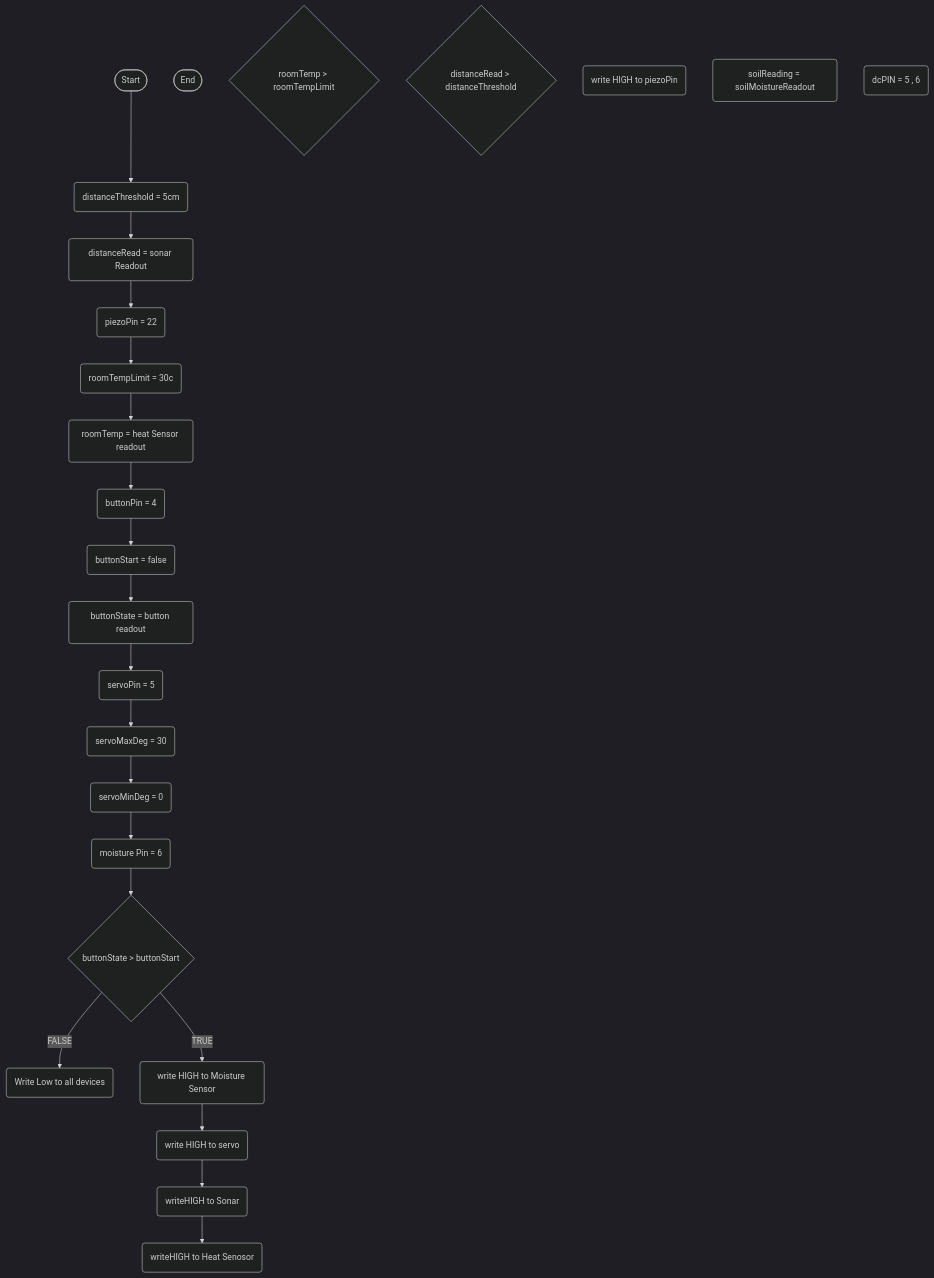
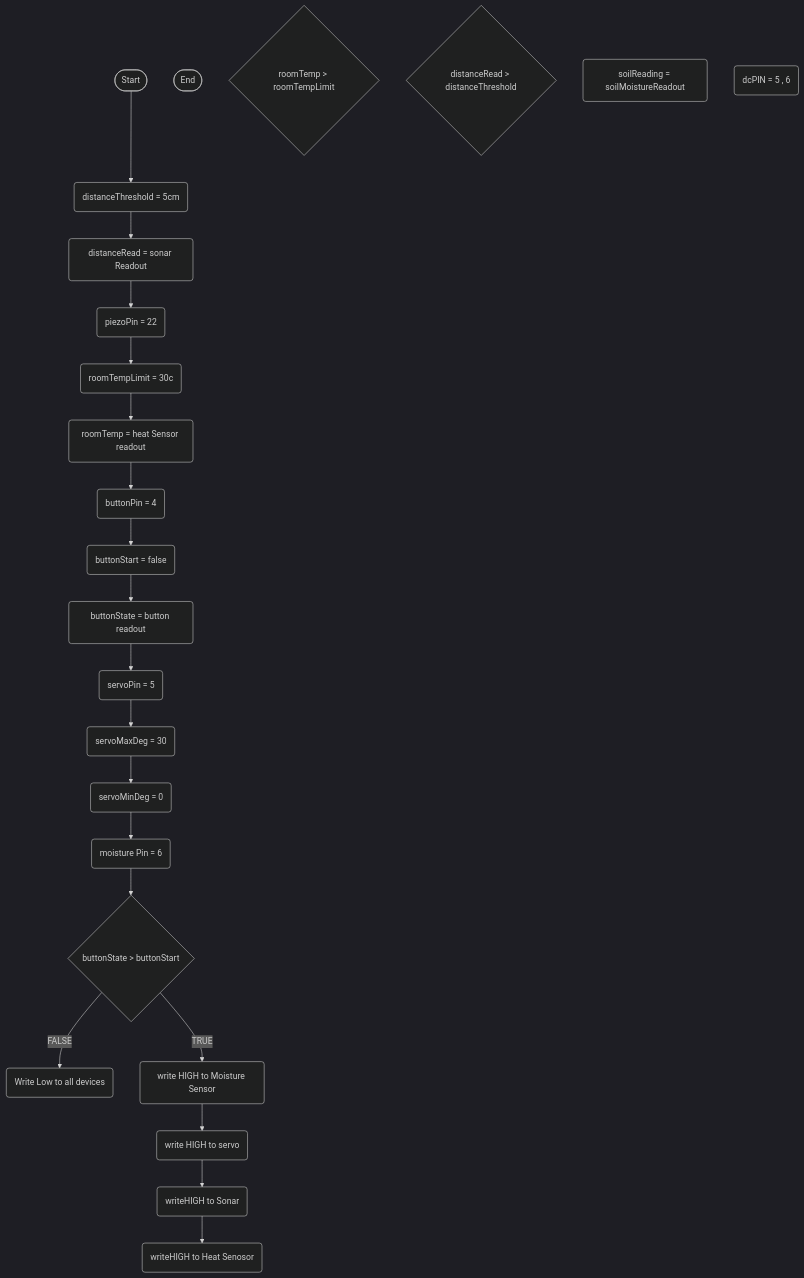
The first of 5 diagrams in logic.md (GodlyBlueDog/Automatic-GreenHouse-Person-Detection), drawn with Mermaid (dark theme) before and after one commit. The commit also changed other lines of this file, not shown here.

````diff
--- a/logic.md
+++ b/logic.md
@@ -4,68 +4,68 @@
 ```mermaid
 flowchart TD
 terminalStart([Start])
 terminalEnd([End])
 
 %% Tempurture 
 currentRoomTempReading(roomTemp = heat Sensor readout)
 roomTempLimit(roomTempLimit = 30c)
 ifTempGreaterThanLimit{roomTemp > roomTempLimit}
 activateHeatSensor(writeHIGH to Heat Senosor)
 
 
 %% distance
 thresholdSet(distanceThreshold = 5cm)
 currentDistanceReading(distanceRead = sonar Readout)
 ifDistanceLessThanThreshold{distanceRead > distanceThreshold}
 activateSonar(writeHIGH to Sonar)
 
 %% peizo 
 setPiezoPin(piezoPin = 22)
-activatePiezo(write HIGH to piezoPin)
+
 
 %% button
 buttonStart(buttonStart = false)
 setButtonPin(buttonPin = 4)
 currentButtonReading( buttonState = button readout)
 isButtonPressed{buttonState > buttonStart}
 disableAll(Write Low to all devices)
 
 
 %% servo
 servoPin(servoPin = 5)
 servoMaxDeg(servoMaxDeg = 30)
 servoMinDeg(servoMinDeg = 0)
 activateServo(write HIGH to servo)
 
 %% soil moisture 1052
 soilMoistureSensor(soilReading = soilMoistureReadout)
 activateMoistureSensor(write HIGH to Moisture Sensor)
 moisturePin(moisture Pin = 6)
 
 %% DC Motor
 dcMotorPin(dcPIN = 5 , 6)
 
 
 terminalStart --> thresholdSet
 thresholdSet --> currentDistanceReading
 currentDistanceReading --> setPiezoPin
 setPiezoPin --> roomTempLimit
 roomTempLimit--> currentRoomTempReading
 currentRoomTempReading--> setButtonPin
 setButtonPin --> buttonStart
 buttonStart --> currentButtonReading
 currentButtonReading --> servoPin
 servoPin --> servoMaxDeg
 servoMaxDeg --> servoMinDeg
 servoMinDeg --> moisturePin
 moisturePin --> isButtonPressed
 isButtonPressed --> |TRUE| activateMoistureSensor  
 activateMoistureSensor  --> activateServo
 activateServo --> activateSonar
 activateSonar --> activateHeatSensor
 isButtonPressed --> |FALSE| disableAll
 
 
 
 
 ```
````
